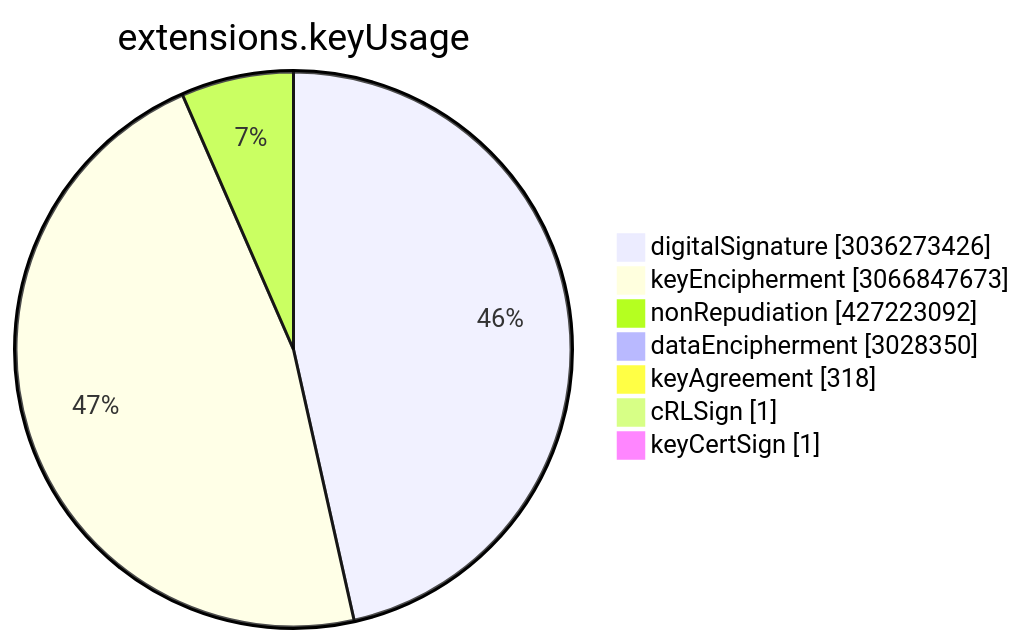
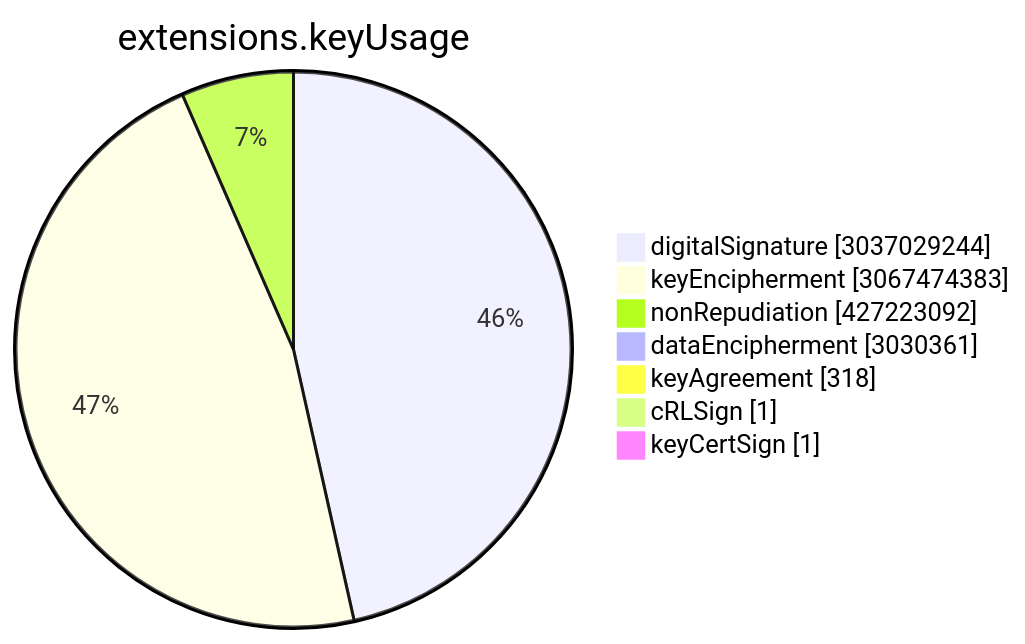
The sixth of 15 diagrams in TOTAL/README.md (christiankrug/ctmonitor_visualization), drawn with Mermaid before and after one commit. The commit also changed other lines of this file, not shown here.

````diff
--- a/TOTAL/README.md
+++ b/TOTAL/README.md
@@ -3075,11 +3075,11 @@
 ```mermaid
 pie showData
 title extensions.keyUsage
-"digitalSignature" :3036273426
-"keyEncipherment" :3066847673
+"digitalSignature" :3037029244
+"keyEncipherment" :3067474383
 "nonRepudiation" :427223092
-"dataEncipherment" :3028350
+"dataEncipherment" :3030361
 "keyAgreement" :318
 "cRLSign" :1
 "keyCertSign" :1
 ```
````
